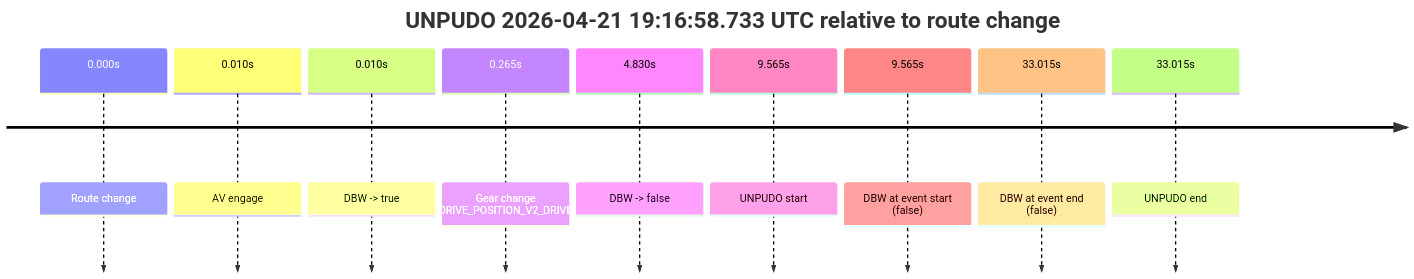
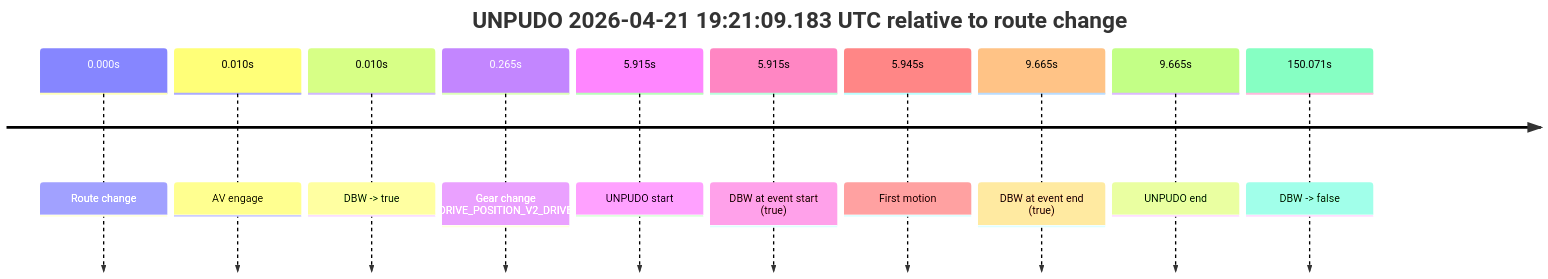
One commit to yoelshapiro/vault changed the first of 5 diagrams in model_analysis/report_cards/2026/04/Week-4/fme10011--2026-04-21--19-09-04--gen2-av-baa6b76c-60b2-486c-a0ca-88d62a3066c4.md. Above: the diagram before and after it, drawn with Mermaid. The commit also changed other lines of this file, not shown here.

````diff
--- a/model_analysis/report_cards/2026/04/Week-4/fme10011--2026-04-21--19-09-04--gen2-av-baa6b76c-60b2-486c-a0ca-88d62a3066c4.md
+++ b/model_analysis/report_cards/2026/04/Week-4/fme10011--2026-04-21--19-09-04--gen2-av-baa6b76c-60b2-486c-a0ca-88d62a3066c4.md
@@ -42,13 +43,14 @@
 ```mermaid
 timeline
-    title UNPUDO 2026-04-21 19:16:58.733 UTC relative to route change
+    title UNPUDO 2026-04-21 19:21:09.183 UTC relative to route change
     0.000s : Route change
     0.010s : AV engage
     0.010s : DBW -> true
     0.265s : Gear change (DRIVE_POSITION_V2_DRIVE)
-    4.830s : DBW -> false
-    9.565s : UNPUDO start
-    9.565s : DBW at event start (false)
-    33.015s : DBW at event end (false)
-    33.015s : UNPUDO end
+    5.915s : UNPUDO start
+    5.915s : DBW at event start (true)
+    5.945s : First motion
+    9.665s : DBW at event end (true)
+    9.665s : UNPUDO end
+    150.071s : DBW -> false
 ```
````
